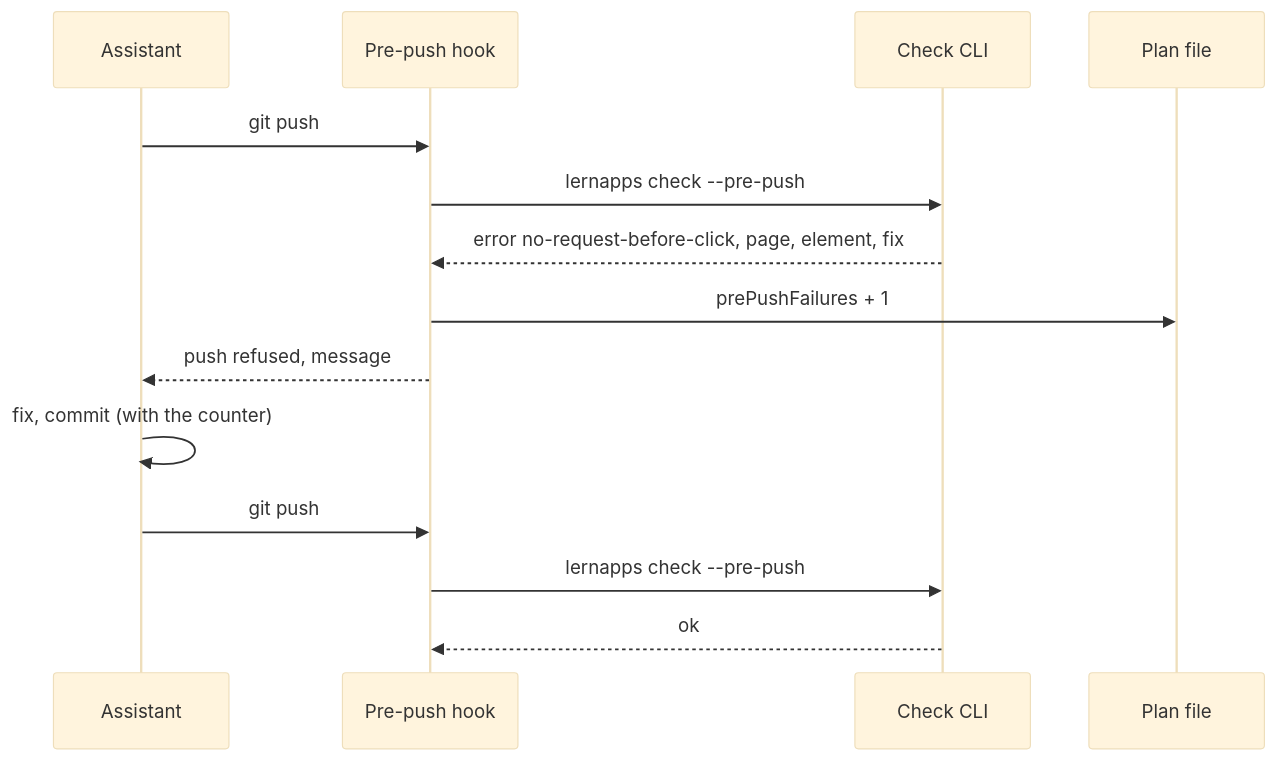
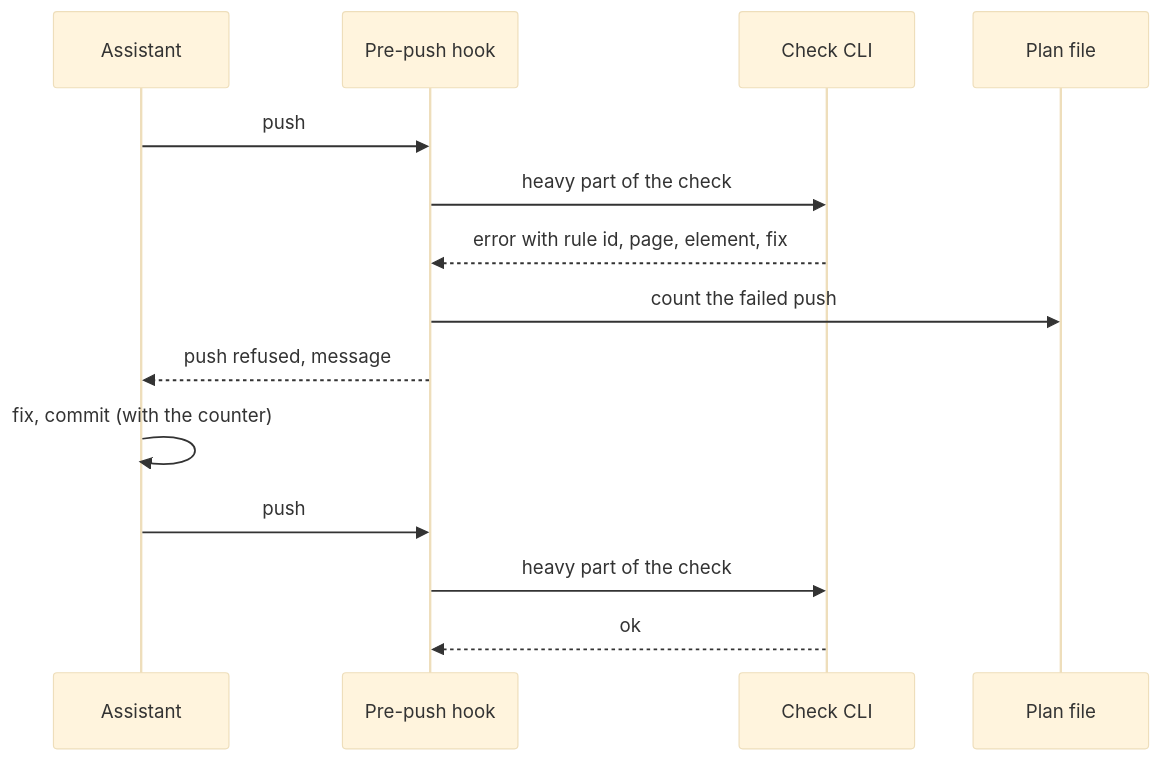
One commit to lernapps/tooling changed the second of 4 diagrams in docs/arc42/06-runtime-view.arc42.md. Above: the diagram before and after it, drawn with Mermaid (base theme). The commit also changed other lines of this file and 26 other files, not shown here.

First line of the commit message:
docs: the architecture states responsibilities, the README orients, details live in code

````diff
--- a/docs/arc42/06-runtime-view.arc42.md
+++ b/docs/arc42/06-runtime-view.arc42.md
@@ -90,16 +90,16 @@
 ```mermaid
 sequenceDiagram
     participant assistant as Assistant
     participant hooks as Pre-push hook
     participant check as Check CLI
     participant plan as Plan file
-    assistant->>hooks: git push
-    hooks->>check: lernapps check --pre-push
-    check-->>hooks: error no-request-before-click, page, element, fix
-    hooks->>plan: prePushFailures + 1
+    assistant->>hooks: push
+    hooks->>check: heavy part of the check
+    check-->>hooks: error with rule id, page, element, fix
+    hooks->>plan: count the failed push
     hooks-->>assistant: push refused, message
     assistant->>assistant: fix, commit (with the counter)
-    assistant->>hooks: git push
-    hooks->>check: lernapps check --pre-push
+    assistant->>hooks: push
+    hooks->>check: heavy part of the check
     check-->>hooks: ok
 ```
````
